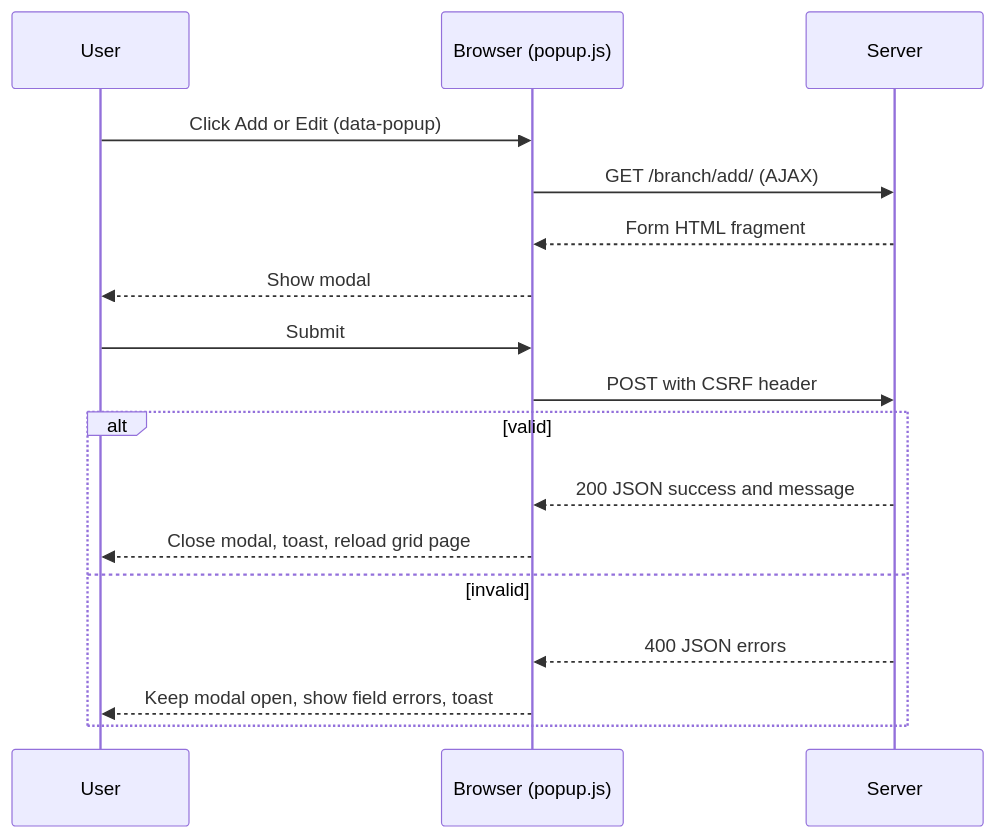
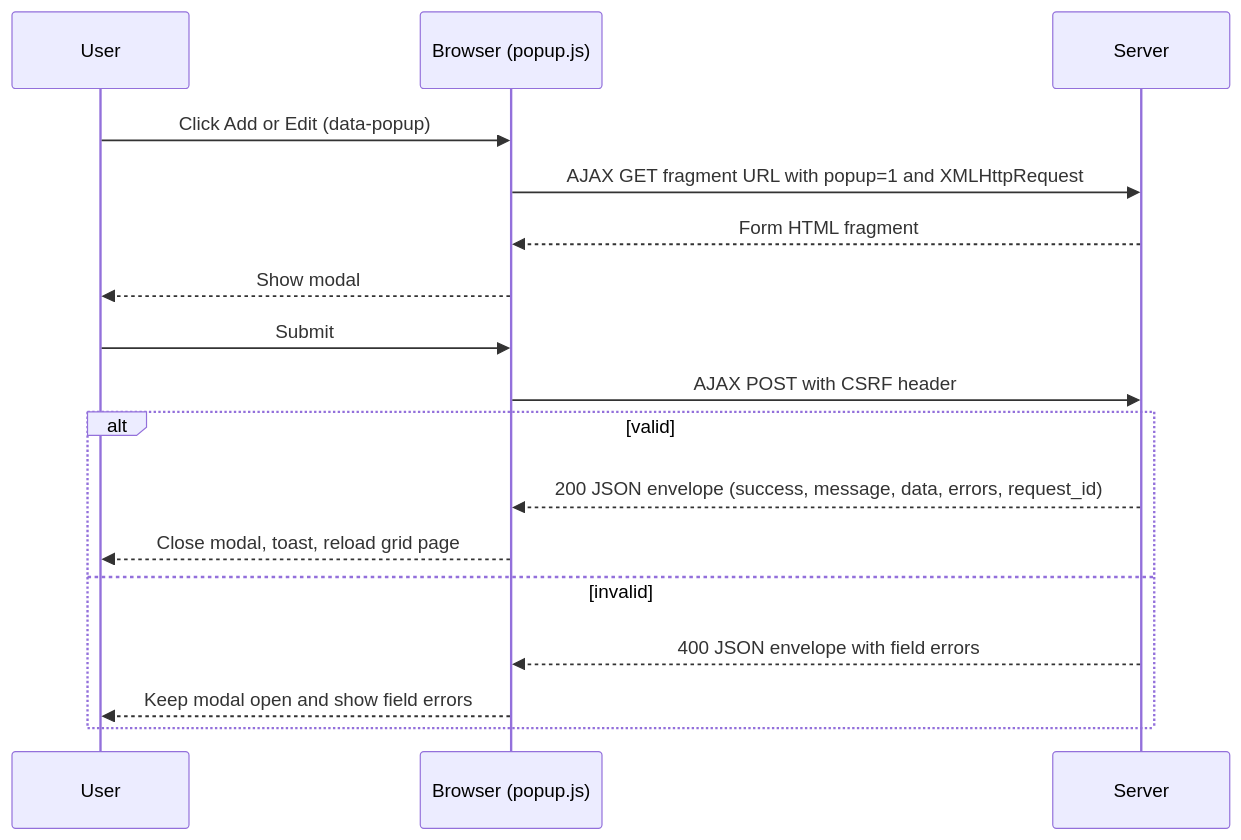
Before and after one commit to piyashbasak9/ERP_Project: the seventh of 8 diagrams in README_Django_ERP.md, drawn with Mermaid. The commit also changed other lines of this file and 40 other files, not shown here.

````diff
--- a/README_Django_ERP.md
+++ b/README_Django_ERP.md
@@ -1396,19 +1416,19 @@
 ```mermaid
 sequenceDiagram
     participant U as User
     participant B as Browser (popup.js)
     participant S as Server
     U->>B: Click Add or Edit (data-popup)
-    B->>S: GET /branch/add/ (AJAX)
+    B->>S: AJAX GET fragment URL with popup=1 and XMLHttpRequest
     S-->>B: Form HTML fragment
     B-->>U: Show modal
     U->>B: Submit
-    B->>S: POST with CSRF header
+    B->>S: AJAX POST with CSRF header
     alt valid
-        S-->>B: 200 JSON success and message
+        S-->>B: 200 JSON envelope (success, message, data, errors, request_id)
         B-->>U: Close modal, toast, reload grid page
     else invalid
-        S-->>B: 400 JSON errors
-        B-->>U: Keep modal open, show field errors, toast
+        S-->>B: 400 JSON envelope with field errors
+        B-->>U: Keep modal open and show field errors
     end
 ```
````
